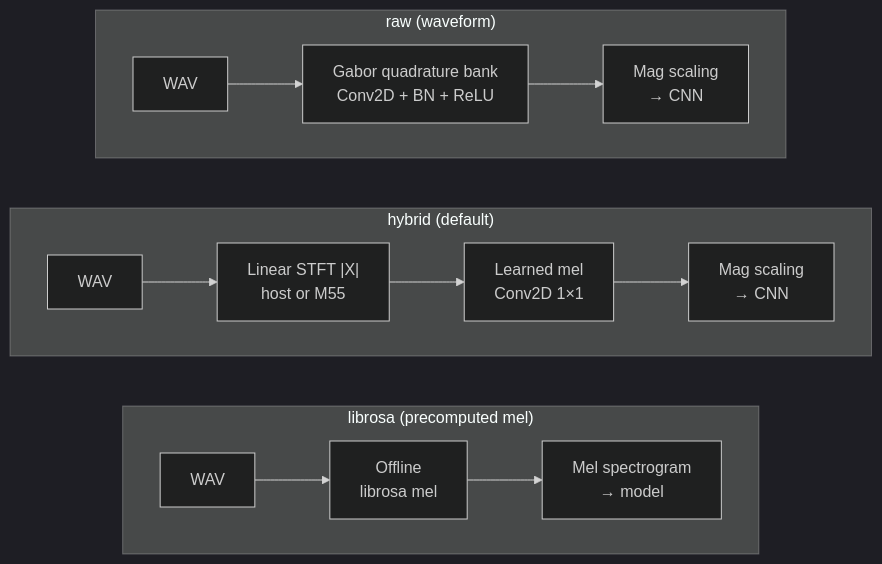
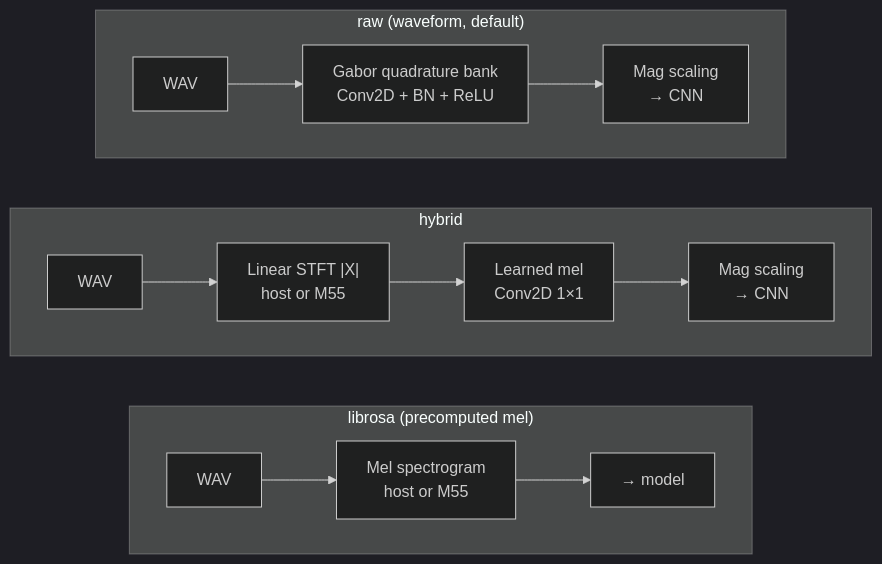
Before and after one commit to birdnet-team/birdnet-stm32: the diagram in docs/dev/audio-frontends.md, drawn with Mermaid (dark theme). The commit also changed other lines of this file and 38 other files, not shown here.

````diff
--- a/docs/dev/audio-frontends.md
+++ b/docs/dev/audio-frontends.md
@@ -11,15 +11,15 @@
 ```mermaid
 flowchart LR
     subgraph librosa ["librosa (precomputed mel)"]
         direction LR
-        L1["WAV"] --> L2["Offline\nlibrosa mel"] --> L3["Mel spectrogram\n→ model"]
+        L1["WAV"] --> L2["Mel spectrogram\nhost or M55"] --> L3["→ model"]
     end
-    subgraph hybrid ["hybrid (default)"]
+    subgraph hybrid ["hybrid"]
         direction LR
         H1["WAV"] --> H2["Linear STFT |X|\nhost or M55"] --> H3["Learned mel\nConv2D 1×1"] --> H4["Mag scaling\n→ CNN"]
     end
-    subgraph raw ["raw (waveform)"]
+    subgraph raw ["raw (waveform, default)"]
         direction LR
         R1["WAV"] --> R2["Gabor quadrature bank\nConv2D + BN + ReLU"] --> R3["Mag scaling\n→ CNN"]
     end
 ```
````
